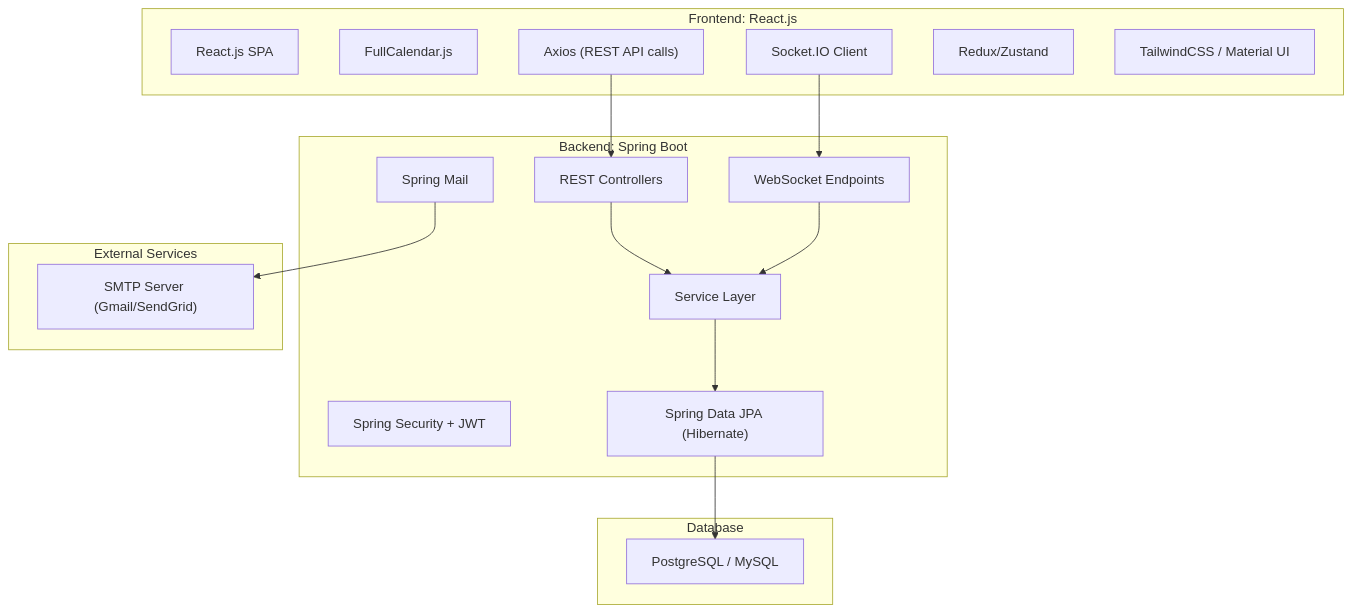
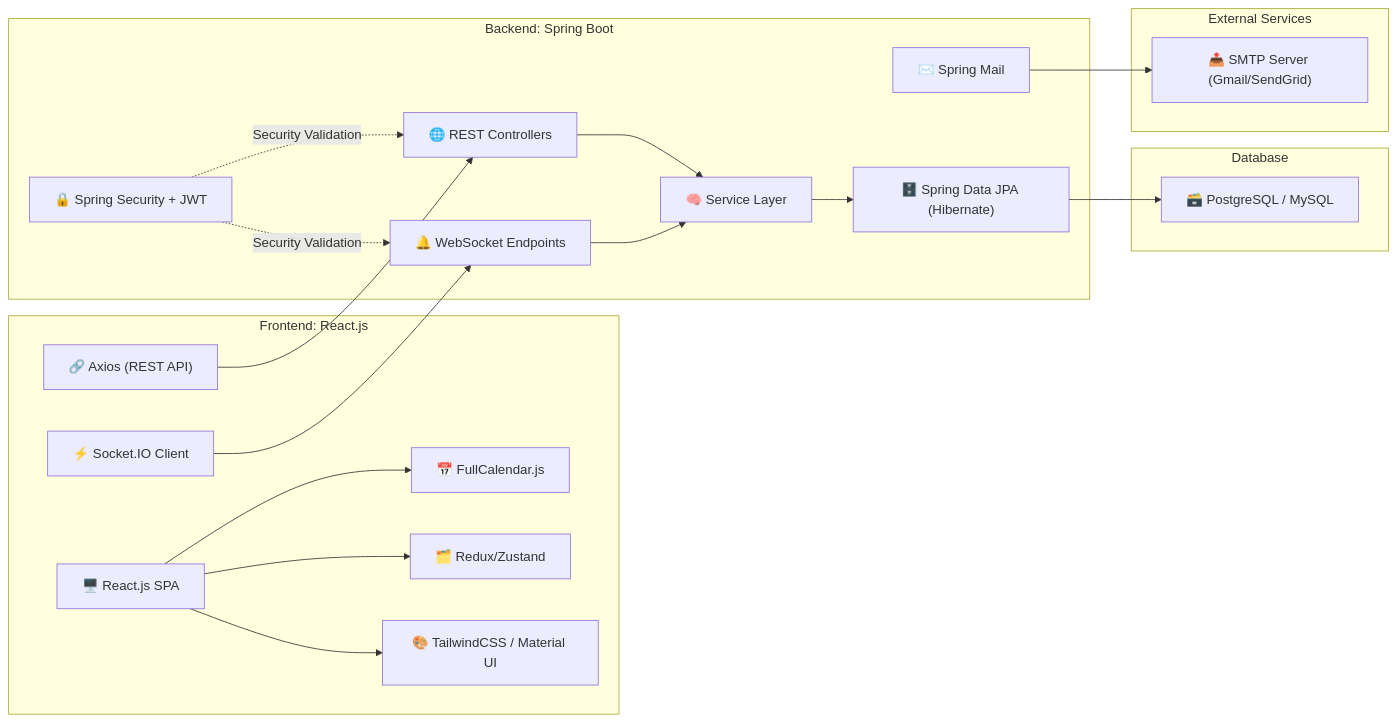
The diagram in ARCHITECTURE.md (Sam007Yeah/FSAD_Project_Docs), drawn with Mermaid before and after one commit.

Commit message:
updating architecture diagram

````diff
--- a/ARCHITECTURE.md
+++ b/ARCHITECTURE.md
@@ -9,36 +9,48 @@
 ```mermaid
-flowchart TB
-    subgraph Frontend [Frontend: React.js]
-        R1["React.js SPA"]
-        R2["FullCalendar.js"]
-        R3["Axios (REST API calls)"]
-        R4["Socket.IO Client"]
-        R5["Redux/Zustand"]
-        R6["TailwindCSS / Material UI"]
+flowchart LR
+    %% Frontend Section
+    subgraph FE[Frontend: React.js]
+        FE1["🖥️ React.js SPA"]
+        FE2["📅 FullCalendar.js"]
+        FE3["🔗 Axios (REST API)"]
+        FE4["⚡ Socket.IO Client"]
+        FE5["🗂️ Redux/Zustand"]
+        FE6["🎨 TailwindCSS / Material UI"]
     end
 
-    subgraph Backend [Backend: Spring Boot]
-        B1["REST Controllers"]
-        B2["WebSocket Endpoints"]
-        B3["Service Layer"]
-        B4["Spring Security + JWT"]
-        B5["Spring Data JPA (Hibernate)"]
-        B6["Spring Mail"]
+    %% Backend Section
+    subgraph BE[Backend: Spring Boot]
+        BE1["🌐 REST Controllers"]
+        BE2["🔔 WebSocket Endpoints"]
+        BE3["🧠 Service Layer"]
+        BE4["🔒 Spring Security + JWT"]
+        BE5["🗄️ Spring Data JPA (Hibernate)"]
+        BE6["✉️ Spring Mail"]
     end
 
-    subgraph Database [Database]
-        D1["PostgreSQL / MySQL"]
+    %% Database Section
+    subgraph DB[Database]
+        DB1["🗃️ PostgreSQL / MySQL"]
     end
 
-    subgraph External [External Services]
-        E1["SMTP Server (Gmail/SendGrid)"]
+    %% External Services Section
+    subgraph EX[External Services]
+        EX1["📤 SMTP Server (Gmail/SendGrid)"]
     end
 
-    R3 --> B1
-    R4 --> B2
-    B5 --> D1
-    B6 --> E1
-    B3 --> B5
-    B1 --> B3
-    B2 --> B3
+    %% Data Flow
+    FE3 --> BE1
+    FE4 --> BE2
+    BE1 --> BE3
+    BE2 --> BE3
+    BE3 --> BE5
+    BE5 --> DB1
+    BE6 --> EX1
+    BE4 -. Security Validation .-> BE1
+    BE4 -. Security Validation .-> BE2
+
+    %% UI Connections
+    FE1 --> FE2
+    FE1 --> FE5
+    FE1 --> FE6
 ```
````
